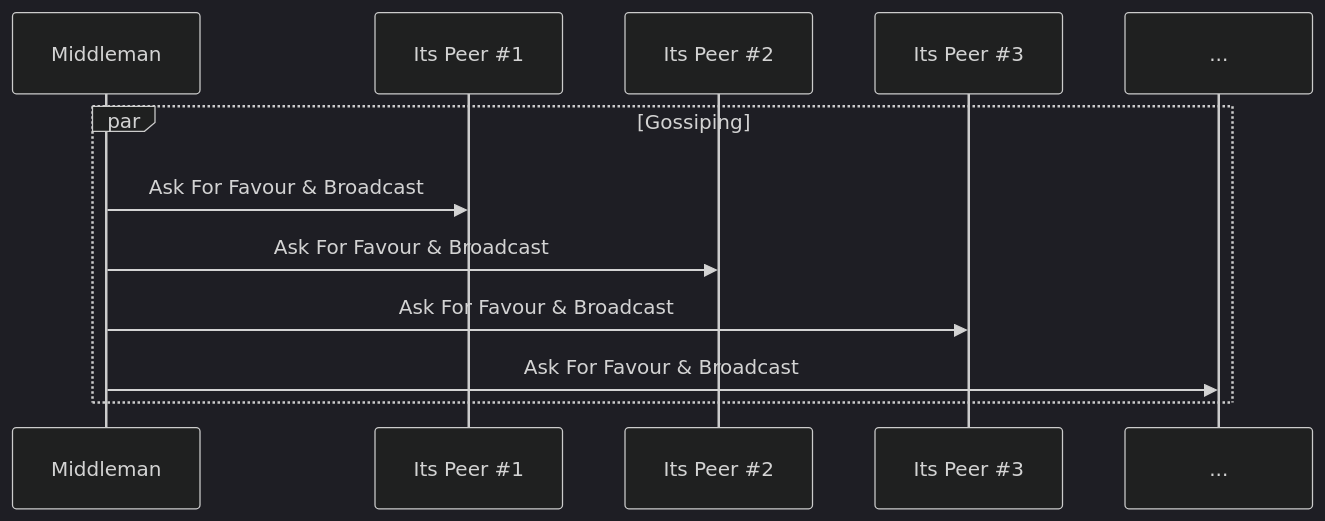
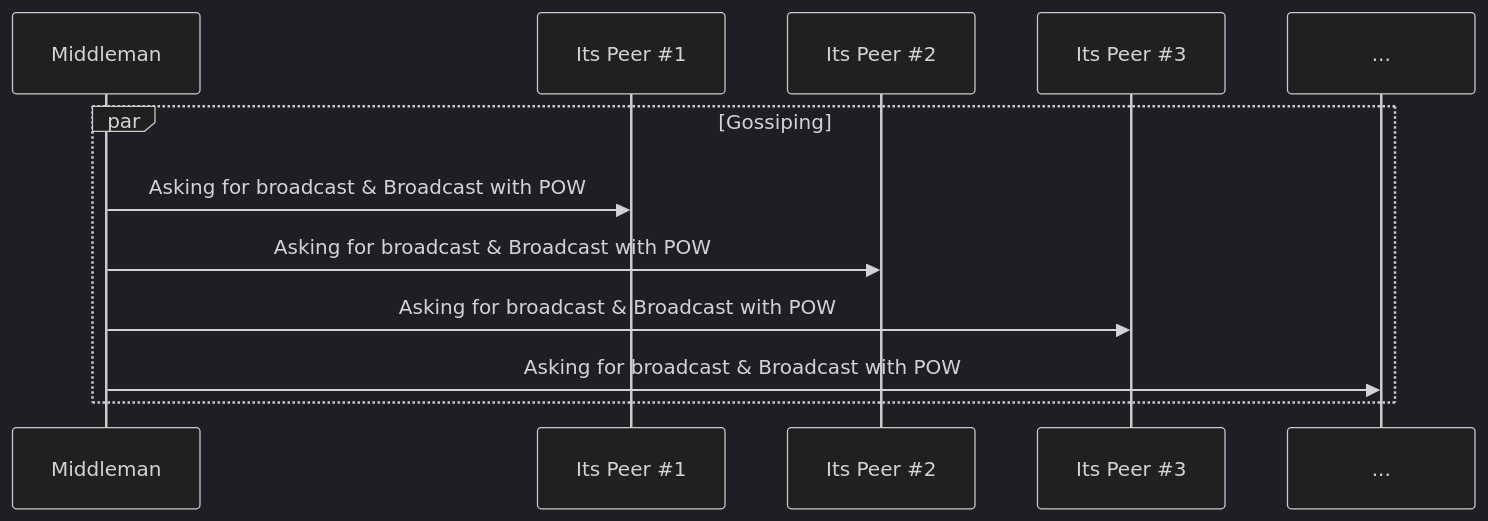
Before and after one commit to DontTrustVerifyOrg/gig-gossip: the eighth of 9 diagrams in whitepaper/protocol.md, drawn with Mermaid (dark theme). The commit also changed other lines of this file and 2 other files, not shown here.

````diff
--- a/whitepaper/protocol.md
+++ b/whitepaper/protocol.md
@@ -197,9 +227,9 @@
 ```mermaid
 sequenceDiagram
 par Gossiping
-    Middleman->>Its Peer #1: Ask For Favour & Broadcast
-    Middleman->>Its Peer #2: Ask For Favour & Broadcast
-    Middleman->>Its Peer #3: Ask For Favour & Broadcast
-    Middleman->>...:Ask For Favour & Broadcast
+    Middleman->>Its Peer #1: Asking for broadcast & Broadcast with POW
+    Middleman->>Its Peer #2: Asking for broadcast & Broadcast with POW
+    Middleman->>Its Peer #3: Asking for broadcast & Broadcast with POW
+    Middleman->>...:Asking for broadcast & Broadcast with POW
 end
 ```
````
